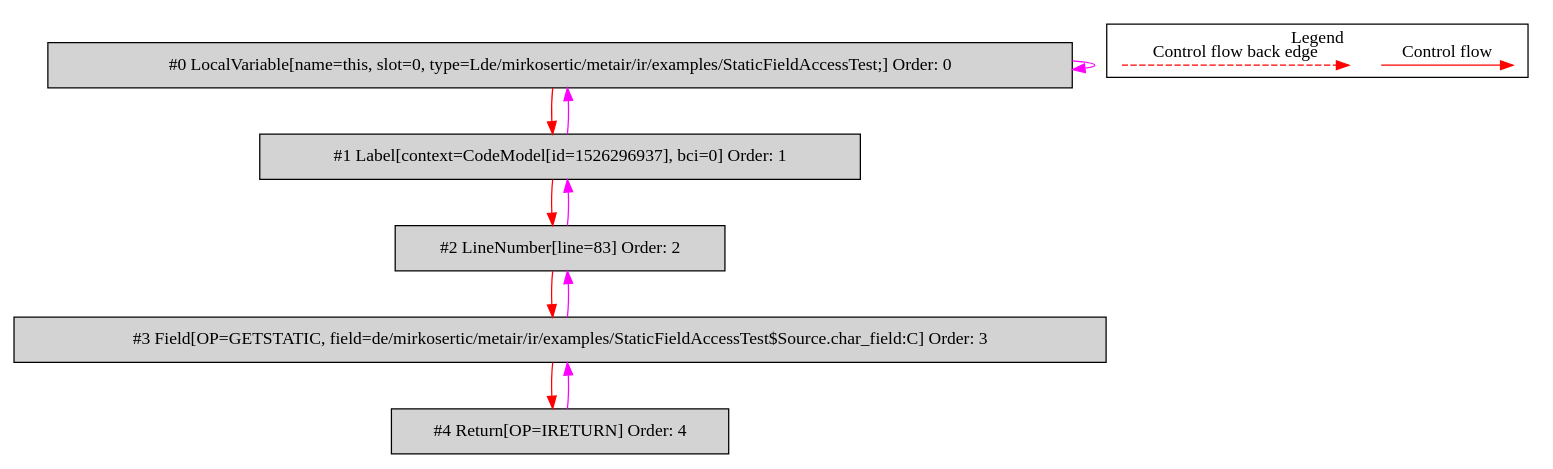
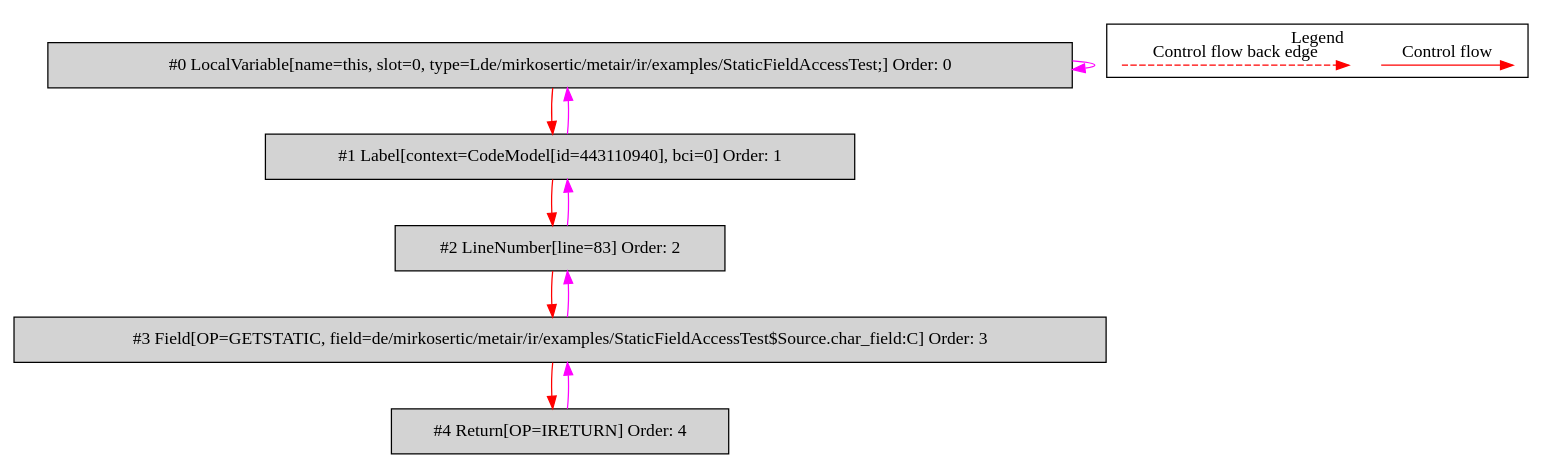
One commit to mirkosertic/MetaIR changed the diagram in de.mirkosertic.metair.ir.examples.StaticFieldAccessTest/return_char/bytecodecfg.dot. Above: the diagram before and after it, drawn with Graphviz. The commit also changed 1213 other files, not shown here.

```diff
--- a/de.mirkosertic.metair.ir.examples.StaticFieldAccessTest/return_char/bytecodecfg.dot
+++ b/de.mirkosertic.metair.ir.examples.StaticFieldAccessTest/return_char/bytecodecfg.dot
@@ -1,31 +1,31 @@
 digraph {
  ordering="in";
  node0[label="#0 LocalVariable[name=this, slot=0, type=Lde/mirkosertic/metair/ir/examples/StaticFieldAccessTest;] Order: 0", shape=box, fillcolor=lightgrey, style=filled];
- node1[label="#1 Label[context=CodeModel[id=1526296937], bci=0] Order: 1", shape=box, fillcolor=lightgrey, style=filled];
+ node1[label="#1 Label[context=CodeModel[id=443110940], bci=0] Order: 1", shape=box, fillcolor=lightgrey, style=filled];
  node2[label="#2 LineNumber[line=83] Order: 2", shape=box, fillcolor=lightgrey, style=filled];
  node3[label="#3 Field[OP=GETSTATIC, field=de/mirkosertic/metair/ir/examples/StaticFieldAccessTest$Source.char_field:C] Order: 3", shape=box, fillcolor=lightgrey, style=filled];
  node4[label="#4 Return[OP=IRETURN] Order: 4", shape=box, fillcolor=lightgrey, style=filled];
  node0 -> node0[color=fuchsia];
  node0 -> node1[color=red];
  node1 -> node0[color=fuchsia];
  node1 -> node2[color=red];
  node2 -> node1[color=fuchsia];
  node2 -> node3[color=red];
  node3 -> node2[color=fuchsia];
  node3 -> node4[color=red];
  node4 -> node3[color=fuchsia];
  subgraph cluster_000 {
   label = "Legend";
   node [shape=point]
   {
    rank=same;
    c0 [style = invis];
    c1 [style = invis];
    c2 [style = invis];
    c3 [style = invis];
   }
   c0 -> c1 [label="Control flow", style=solid, color=red]
   c2 -> c3 [label="Control flow back edge", style=dashed, color=red]
  }
 
 }
```
